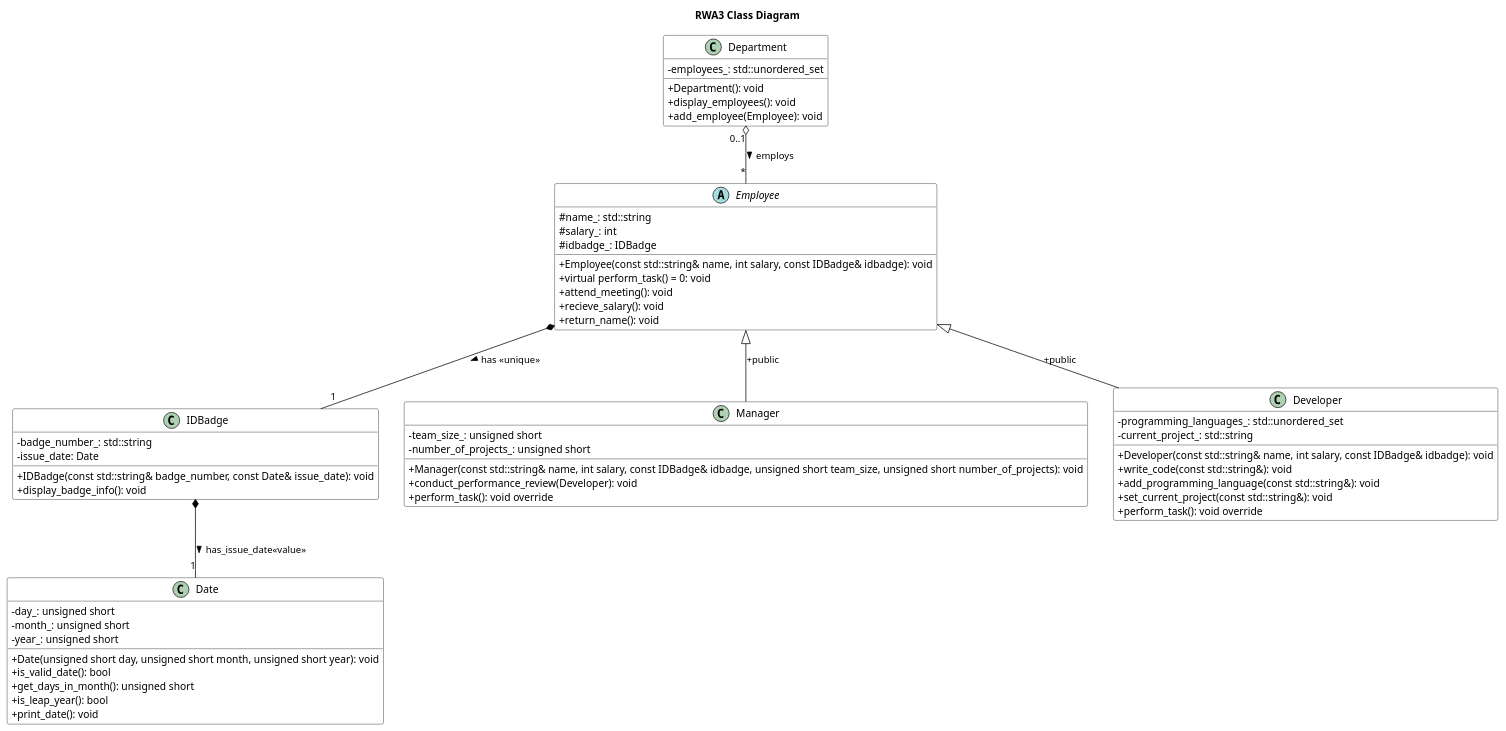
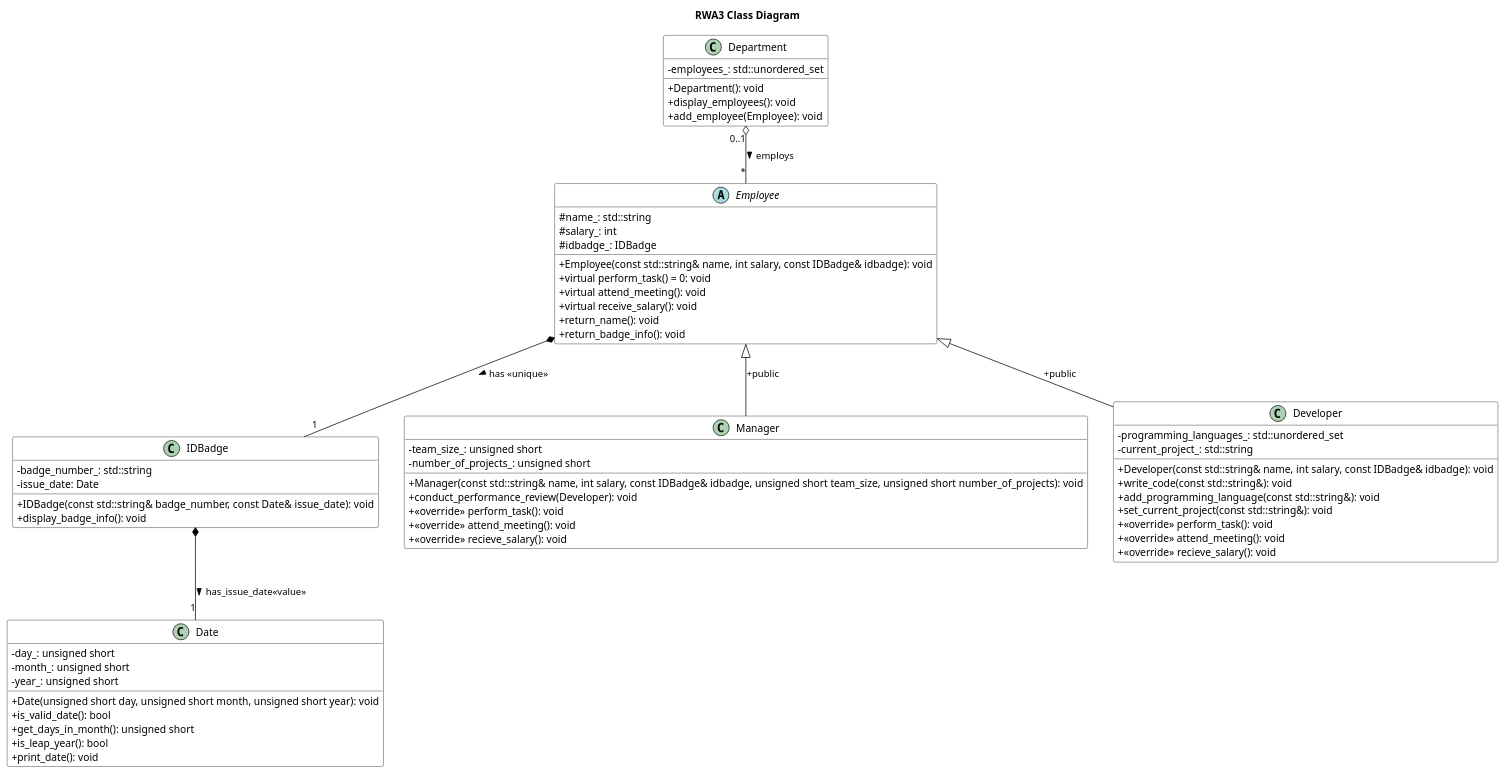
The diagram in rwa3_3/department/doc/class_diagram.wsd (dzinobile/enpm702_group3), drawn with PlantUML before and after one commit. The commit also changed 54 other files, not shown here.

Commit message:
added method to employee and updated UML per feedback

```diff
--- a/rwa3_3/department/doc/class_diagram.wsd
+++ b/rwa3_3/department/doc/class_diagram.wsd
@@ -1,72 +1,77 @@
 @startuml "RWA3 Class Diagram"
 title RWA3 Class Diagram
 skinparam ClassAttributeIconSize 0
 skinparam class {
     BackgroundColor White
     ArrowColor Black
     BorderColor Black
 }
 
 class Department {
     -employees_: std::unordered_set
     +Department(): void
     +display_employees(): void
     +add_employee(Employee): void
 }
 
 class Date {
     -day_: unsigned short
     -month_: unsigned short
     -year_: unsigned short
     +Date(unsigned short day, unsigned short month, unsigned short year): void
     +is_valid_date(): bool
     +get_days_in_month(): unsigned short
     +is_leap_year(): bool
     +print_date(): void
 }
 
 class IDBadge {
     -badge_number_: std::string
     -issue_date: Date 
     +IDBadge(const std::string& badge_number, const Date& issue_date): void
     +display_badge_info(): void
 }
 
 class Manager {
     -team_size_: unsigned short
     -number_of_projects_: unsigned short
     +Manager(const std::string& name, int salary, const IDBadge& idbadge, unsigned short team_size, unsigned short number_of_projects): void
     +conduct_performance_review(Developer): void
-    +perform_task(): void override
+    +<<override>> perform_task(): void
+    +<<override>> attend_meeting(): void
+    +<<override>> recieve_salary(): void
 }
 
 class Developer {
     -programming_languages_: std::unordered_set
     -current_project_: std::string
     +Developer(const std::string& name, int salary, const IDBadge& idbadge): void
     +write_code(const std::string&): void
     +add_programming_language(const std::string&): void
     +set_current_project(const std::string&): void
-    +perform_task(): void override
+    +<<override>> perform_task(): void
+    +<<override>> attend_meeting(): void
+    +<<override>> recieve_salary(): void
 }
 
-'Employee class
+
 abstract class Employee {
     #name_: std::string
     #salary_: int
     #idbadge_: IDBadge
     +Employee(const std::string& name, int salary, const IDBadge& idbadge): void
     +virtual perform_task() = 0: void
-    +attend_meeting(): void
-    +recieve_salary(): void
+    +virtual attend_meeting(): void
+    +virtual receive_salary(): void
     +return_name(): void
+    +return_badge_info(): void
 }
 
 'Relationships
 Department "0..1" o-- "*" Employee : employs > 
 Employee *-- "1" IDBadge : has <<unique>> >
 IDBadge *-- "1" Date : has_issue_date<<value>> >
 Employee <|-- Developer: +public
 Employee <|-- Manager: +public
 
 @enduml
```
